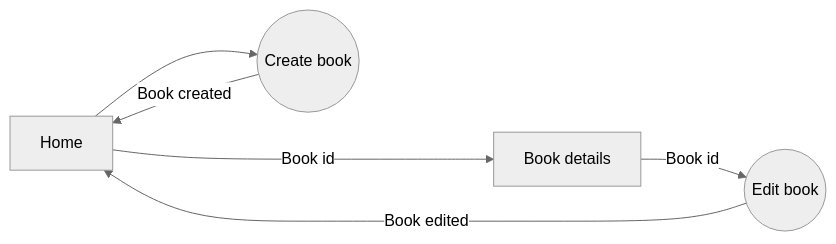
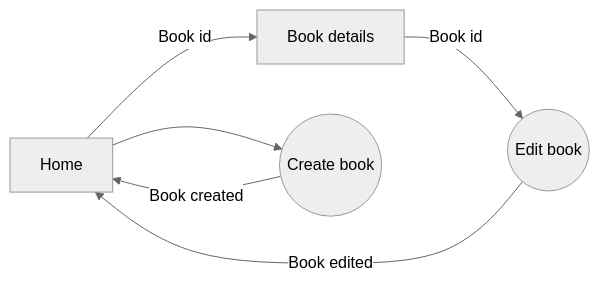
One commit to JohnFScha/bookstore-app-v2 changed the diagram in README.md. Above: the diagram before and after it, drawn with Mermaid (neutral theme). The commit also changed other lines of this file, not shown here.

````diff
--- a/README.md
+++ b/README.md
@@ -80,8 +82,8 @@
 ```mermaid
 graph LR
 A[Home] -- Book id --> B[Book details]
 A[Home] --> C((Create book))
-B -- Book id--> D((Edit book))
-D((Edit book)) -- Book edited ----> A[Home]
+B -- Book id --> D((Edit book))
+D((Edit book)) -- Book edited --> A[Home]
 C((Create book)) -- Book created --> A[Home]
 ```
````
